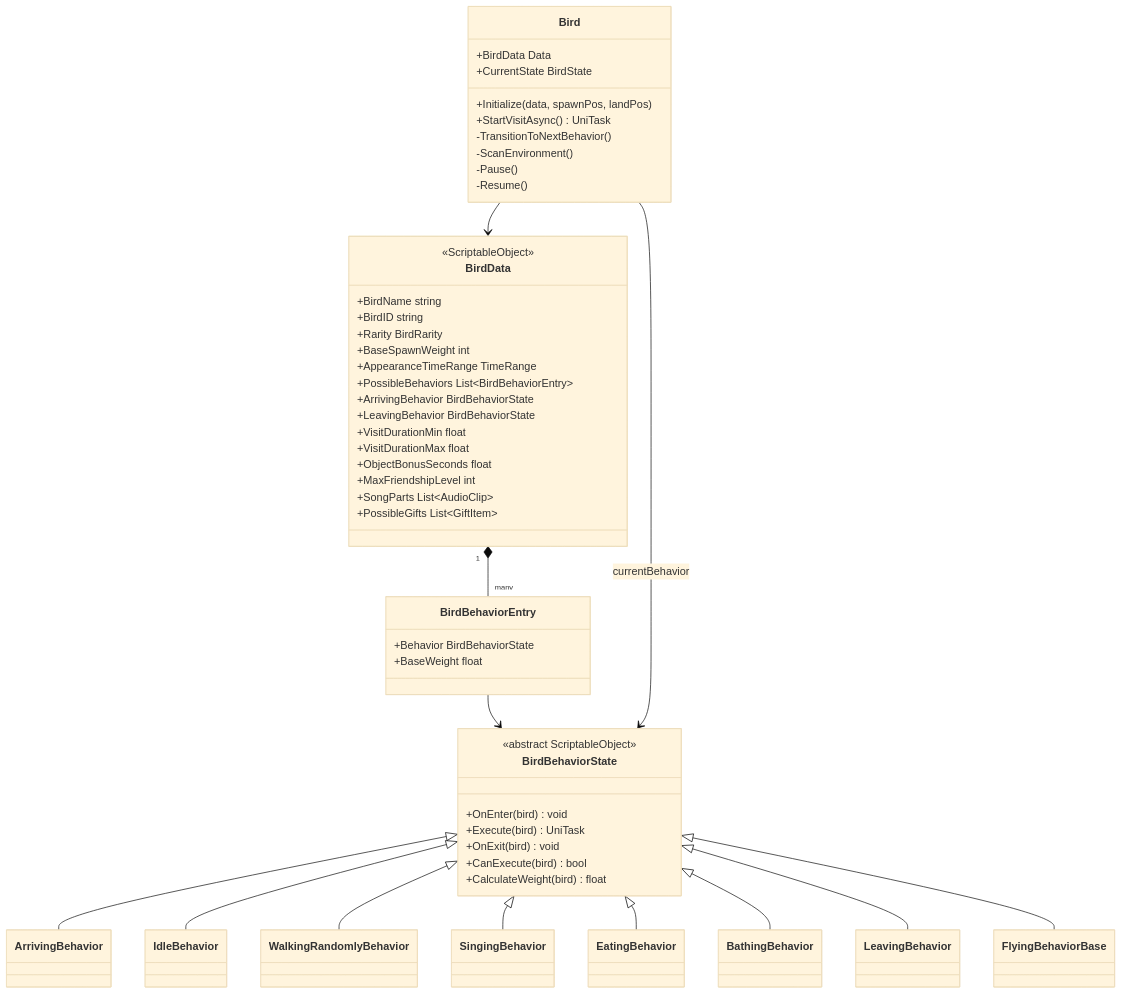
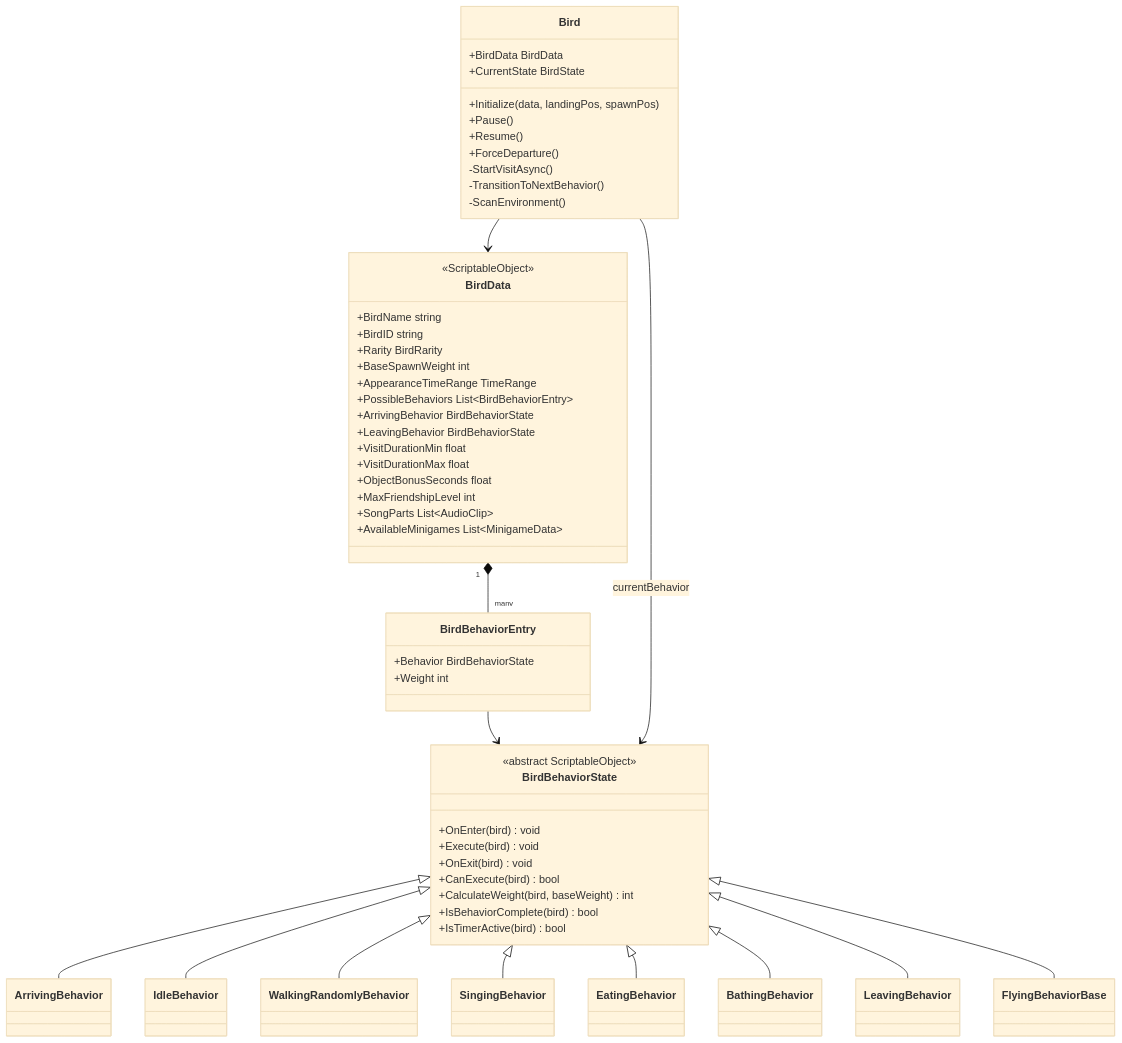
One commit to kitoss1/Birdie changed the fifth of 14 diagrams in docs/product/architecture.md. Above: the diagram before and after it, drawn with Mermaid (base theme). The commit also changed other lines of this file and 3 other files, not shown here.

````diff
--- a/docs/product/architecture.md
+++ b/docs/product/architecture.md
@@ -236,59 +255,62 @@
 ```mermaid
 classDiagram
     class BirdBehaviorState {
         <<abstract ScriptableObject>>
         +OnEnter(bird) void
-        +Execute(bird) UniTask
+        +Execute(bird) void
         +OnExit(bird) void
         +CanExecute(bird) bool
-        +CalculateWeight(bird) float
+        +CalculateWeight(bird, baseWeight) int
+        +IsBehaviorComplete(bird) bool
+        +IsTimerActive(bird) bool
     }
 
     class BirdBehaviorEntry {
         +Behavior BirdBehaviorState
-        +BaseWeight float
+        +Weight int
     }
 
     class BirdData {
         <<ScriptableObject>>
         +BirdName string
         +BirdID string
         +Rarity BirdRarity
         +BaseSpawnWeight int
         +AppearanceTimeRange TimeRange
         +PossibleBehaviors List~BirdBehaviorEntry~
         +ArrivingBehavior BirdBehaviorState
         +LeavingBehavior BirdBehaviorState
         +VisitDurationMin float
         +VisitDurationMax float
         +ObjectBonusSeconds float
         +MaxFriendshipLevel int
         +SongParts List~AudioClip~
-        +PossibleGifts List~GiftItem~
+        +AvailableMinigames List~MinigameData~
     }
 
     class Bird {
-        +BirdData Data
+        +BirdData BirdData
         +CurrentState BirdState
-        +Initialize(data, spawnPos, landPos)
-        +StartVisitAsync() UniTask
+        +Initialize(data, landingPos, spawnPos)
+        +Pause()
+        +Resume()
+        +ForceDeparture()
+        -StartVisitAsync()
         -TransitionToNextBehavior()
         -ScanEnvironment()
-        -Pause()
-        -Resume()
     }
 
     BirdBehaviorState <|-- ArrivingBehavior
     BirdBehaviorState <|-- IdleBehavior
     BirdBehaviorState <|-- WalkingRandomlyBehavior
     BirdBehaviorState <|-- SingingBehavior
     BirdBehaviorState <|-- EatingBehavior
     BirdBehaviorState <|-- BathingBehavior
     BirdBehaviorState <|-- LeavingBehavior
     BirdBehaviorState <|-- FlyingBehaviorBase
 
     BirdData "1" *-- "many" BirdBehaviorEntry
     BirdBehaviorEntry --> BirdBehaviorState
     Bird --> BirdData
     Bird --> BirdBehaviorState : currentBehavior
 ```
````
